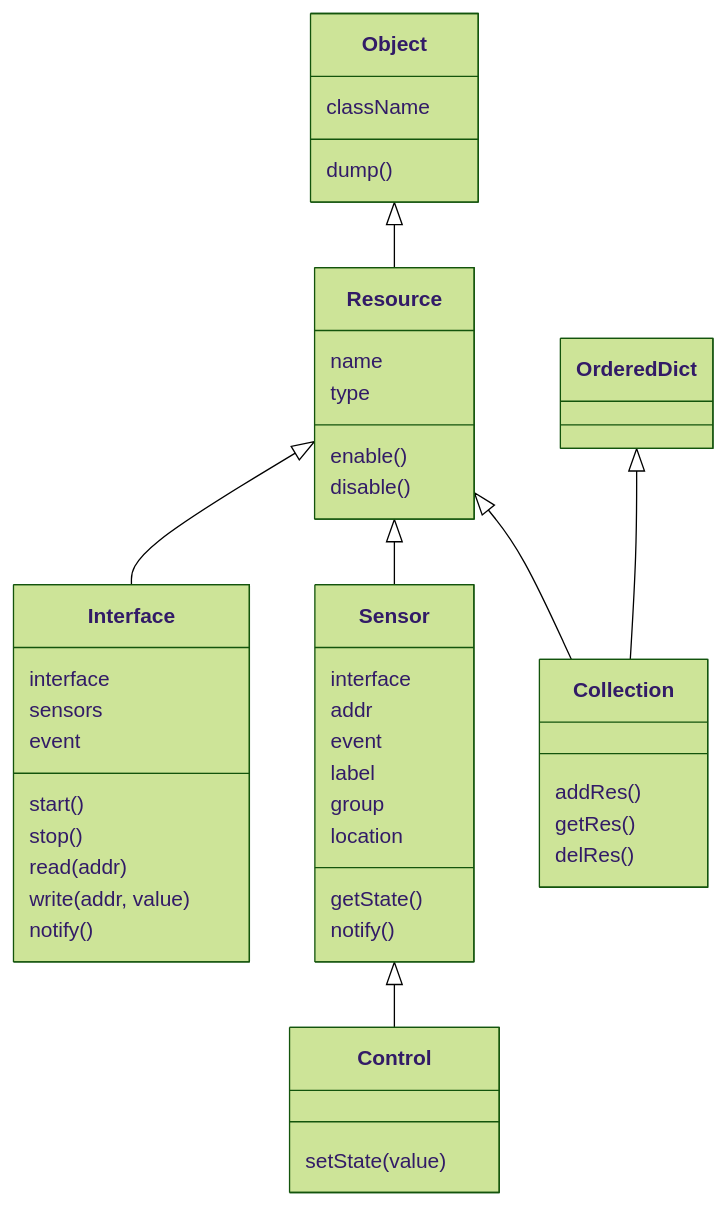
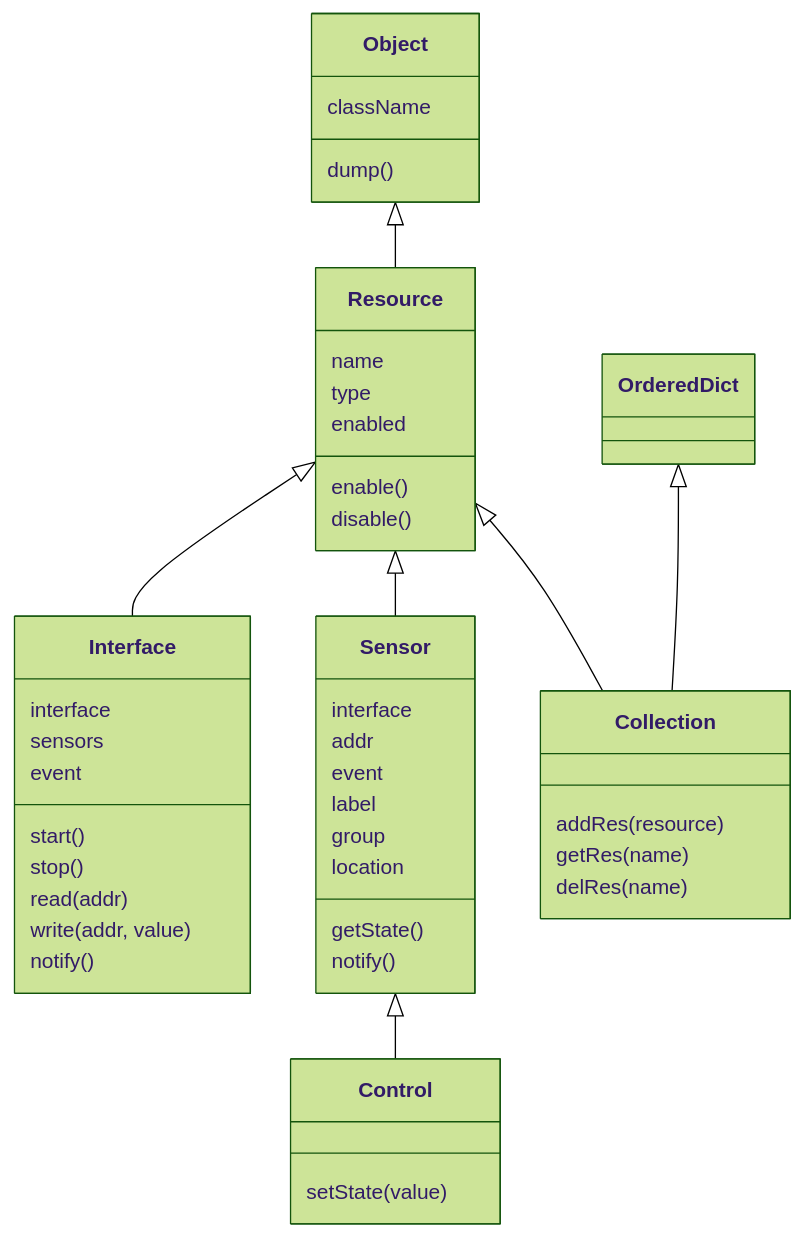
One commit to jbuehl/homealone changed the diagram in docs/README.model.md. Above: the diagram before and after it, drawn with Mermaid (forest theme). The commit also changed other lines of this file, not shown here.

Commit message:
Add diagrams

````diff
--- a/docs/README.model.md
+++ b/docs/README.model.md
@@ -38,35 +38,36 @@
 ```mermaid
 classDiagram
 	Object <|-- Resource
 	Resource <|--Interface
 	Resource <|--Sensor
 	Sensor <|-- Control
 	Resource <|--Collection
 	OrderedDict <|--Collection
 	Object: className
 	Object: dump()
 	Resource: name
 	Resource: type
+	Resource: enabled
 	Resource: enable()
 	Resource: disable()
 	Interface : interface
 	Interface : sensors
 	Interface : event
 	Interface : start()
 	Interface : stop()
 	Interface : read(addr)
 	Interface : write(addr, value)
 	Interface : notify()
 	Sensor : interface
 	Sensor : addr
 	Sensor : event
 	Sensor : label
 	Sensor : group
 	Sensor : location
 	Sensor : getState()
 	Sensor : notify()
 	Control : setState(value)
-	Collection : addRes()
-	Collection : getRes()
-	Collection : delRes()
+	Collection : addRes(resource)
+	Collection : getRes(name)
+	Collection : delRes(name)
 ```
````
